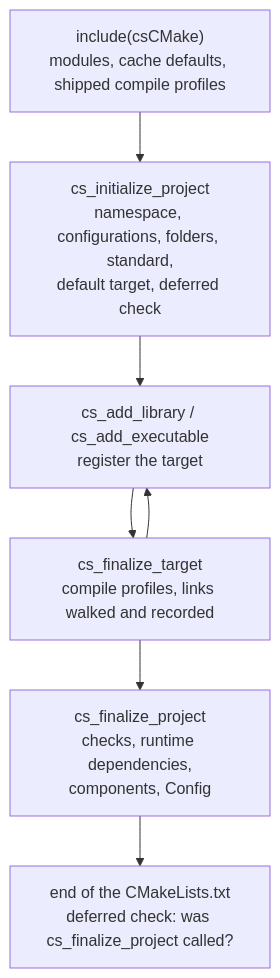
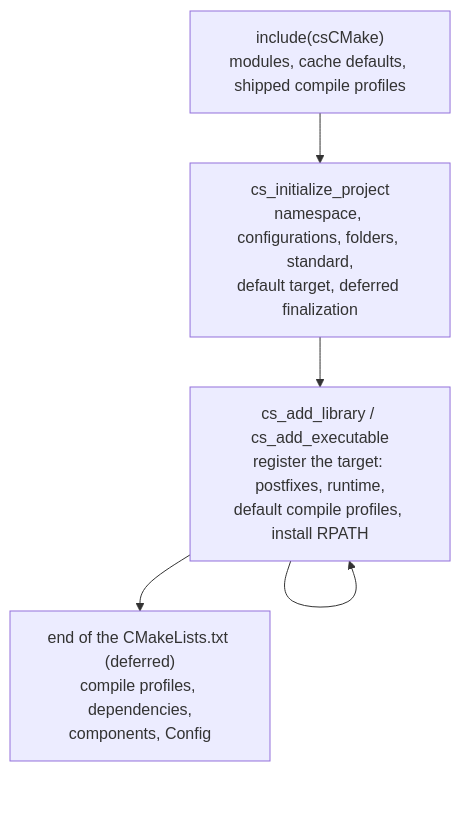
Before and after one commit to cscosine/csCMake: the diagram in docs/advanced/lifecycle.md, drawn with Mermaid. The commit also changed other lines of this file and 66 other files, not shown here.

````diff
--- a/docs/advanced/lifecycle.md
+++ b/docs/advanced/lifecycle.md
@@ -6,10 +6,8 @@
 ```mermaid
 flowchart TD
     inc["include(csCMake)<br/>modules, cache defaults, shipped compile profiles"] --> init
-    init["cs_initialize_project<br/>namespace, configurations, folders, standard,<br/>default target, deferred check"] --> targets
-    targets["cs_add_library / cs_add_executable<br/>register the target"] --> fin_t
-    fin_t["cs_finalize_target<br/>compile profiles, links walked and recorded"] --> targets
-    fin_t --> fin_p
-    fin_p["cs_finalize_project<br/>checks, runtime dependencies,<br/>components, Config"] --> deferred
-    deferred["end of the CMakeLists.txt<br/>deferred check: was cs_finalize_project called?"]
+    init["cs_initialize_project<br/>namespace, configurations, folders, standard,<br/>default target, deferred finalization"] --> targets
+    targets["cs_add_library / cs_add_executable<br/>register the target: postfixes, runtime,<br/>default compile profiles, install RPATH"] --> targets
+    targets --> fin
+    fin["end of the CMakeLists.txt (deferred)<br/>compile profiles, dependencies,<br/>components, Config"]
 ```
````
